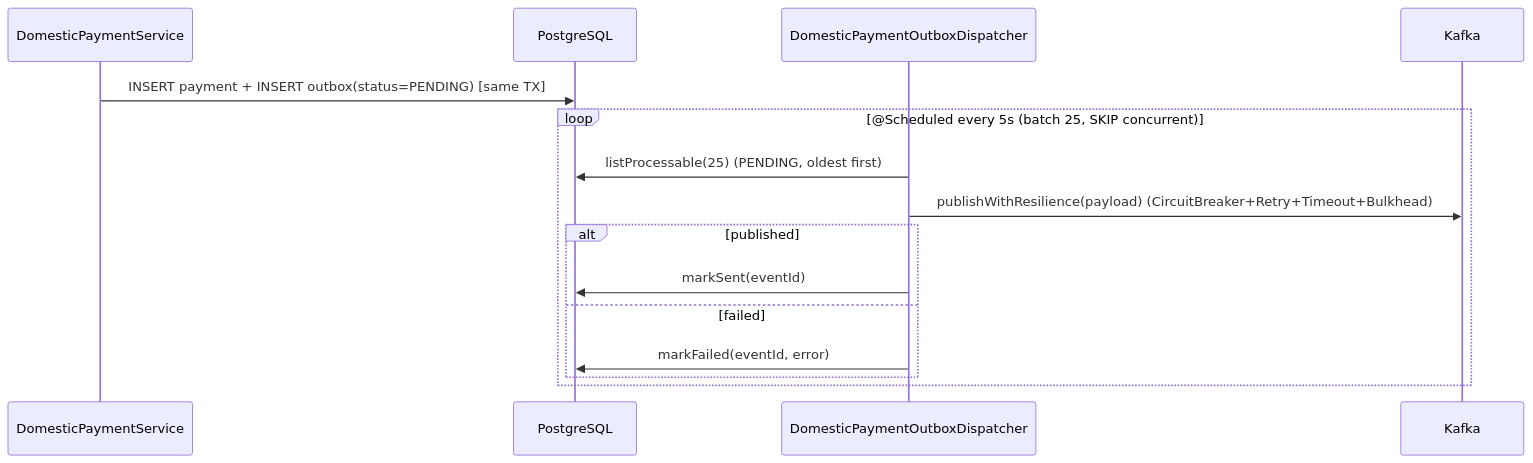
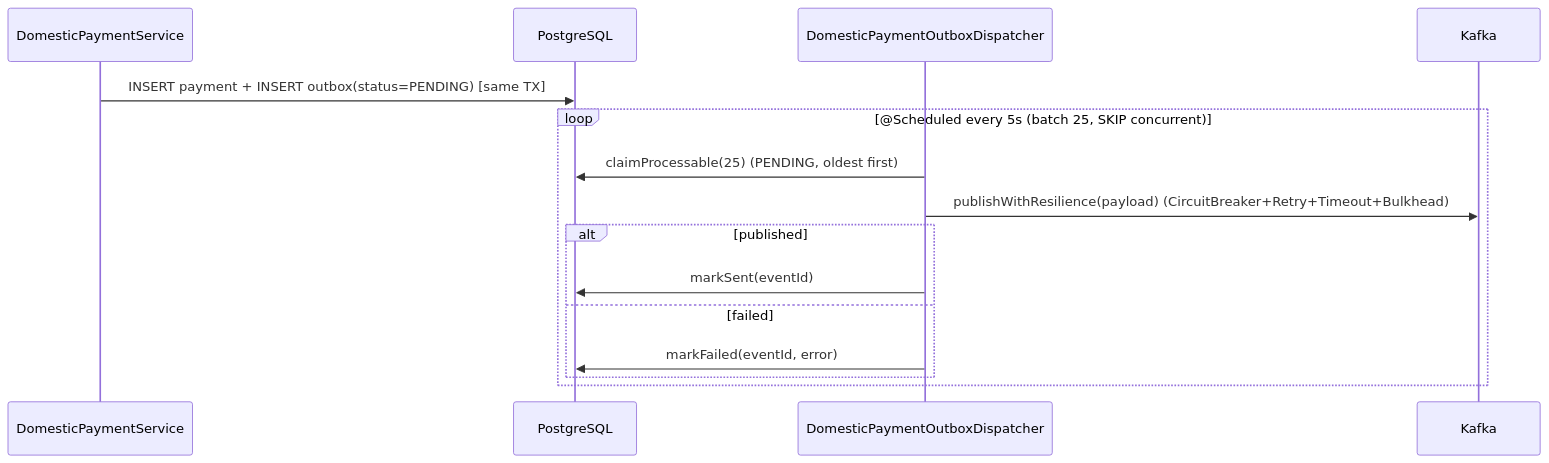
The fourth of 4 diagrams in openbank-domestic-payment/src/main/resources/docs/02-architecture.en.md (JiRaska/open-bank-oss), drawn with Mermaid before and after one commit. The commit also changed other lines of this file and 4 other files, not shown here.

First line of the commit message:
fix(domestic-payment): keep outbox claims compatible with additive schema changes

````diff
--- a/openbank-domestic-payment/src/main/resources/docs/02-architecture.en.md
+++ b/openbank-domestic-payment/src/main/resources/docs/02-architecture.en.md
@@ -135,18 +135,18 @@
 ```mermaid
 sequenceDiagram
   participant S as DomesticPaymentService
   participant DB as PostgreSQL
   participant D as DomesticPaymentOutboxDispatcher
   participant K as Kafka
 
   S->>DB: INSERT payment + INSERT outbox(status=PENDING) [same TX]
   loop @Scheduled every 5s (batch 25, SKIP concurrent)
-    D->>DB: listProcessable(25)  (PENDING, oldest first)
+    D->>DB: claimProcessable(25)  (PENDING, oldest first)
     D->>K: publishWithResilience(payload)  (CircuitBreaker+Retry+Timeout+Bulkhead)
     alt published
       D->>DB: markSent(eventId)
     else failed
       D->>DB: markFailed(eventId, error)
     end
   end
 ```
````
